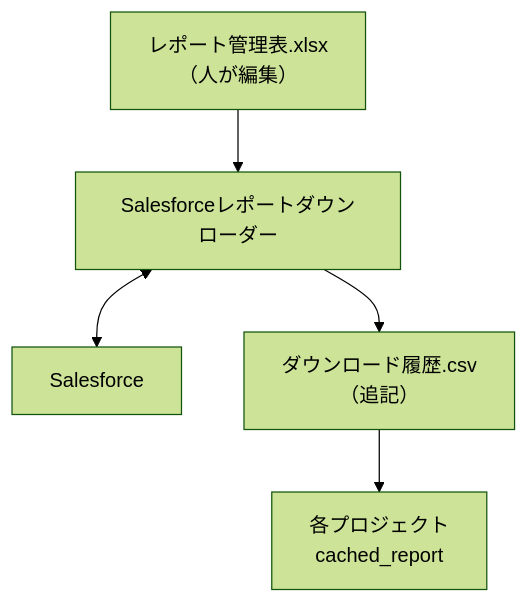
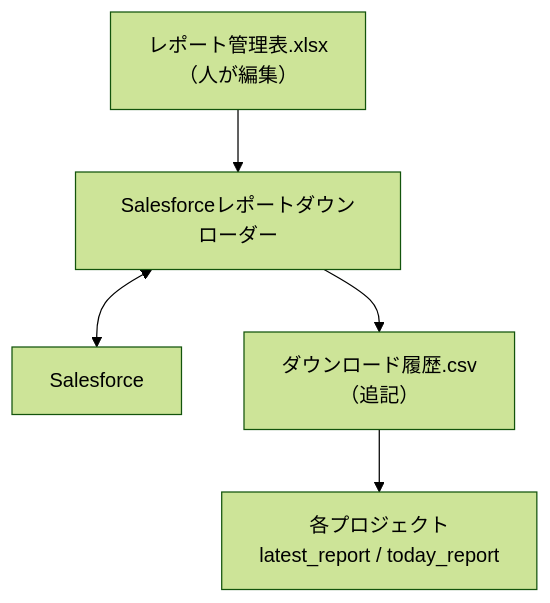
One commit to tenniscorecom/comken changed the diagram in docs/機能/salesforce-downloader.md. Above: the diagram before and after it, drawn with Mermaid (forest theme). The commit also changed other lines of this file and 46 other files, not shown here.

````diff
--- a/docs/機能/salesforce-downloader.md
+++ b/docs/機能/salesforce-downloader.md
@@ -26,7 +25,7 @@
 ```mermaid
 graph TD
     A["レポート管理表.xlsx<br/>（人が編集）"] --> B["Salesforceレポートダウンローダー"]
     B <--> C["Salesforce"]
     B --> D["ダウンロード履歴.csv<br/>（追記）"]
-    D --> F["各プロジェクト<br/>cached_report"]
+    D --> F["各プロジェクト<br/>latest_report / today_report"]
 ```
````
